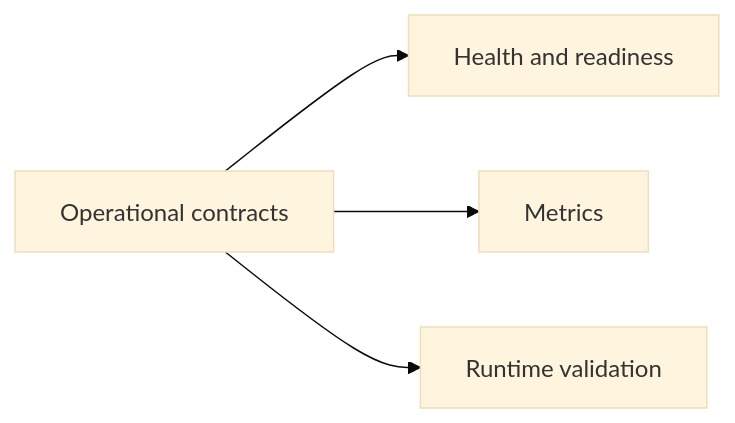
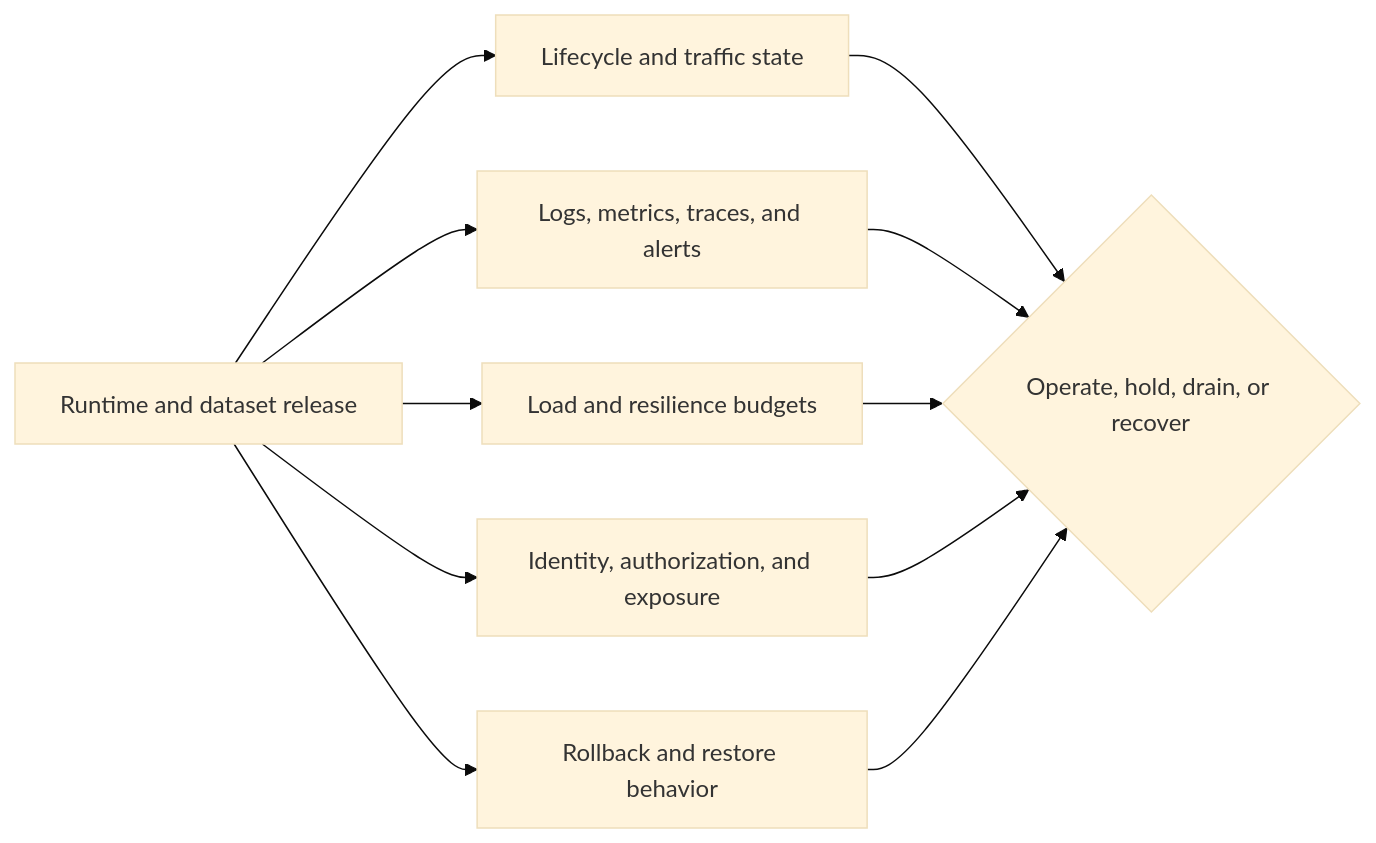
Before and after one commit to bijux/bijux-atlas: the first of 2 diagrams in docs/bijux-atlas/contracts/operational-contracts.md, drawn with Mermaid (base theme). The commit also changed other lines of this file and 2 other files, not shown here.

Commit message:
docs(contracts): define compatibility and validation strength

````diff
--- a/docs/bijux-atlas/contracts/operational-contracts.md
+++ b/docs/bijux-atlas/contracts/operational-contracts.md
@@ -17,6 +19,13 @@
 ```mermaid
 flowchart LR
-    Ops[Operational contracts] --> Health[Health and readiness]
-    Ops --> Metrics[Metrics]
-    Ops --> Runtime[Runtime validation]
+    Runtime[Runtime and dataset release] --> Health[Lifecycle and traffic state]
+    Runtime --> Signals[Logs, metrics, traces, and alerts]
+    Runtime --> Capacity[Load and resilience budgets]
+    Runtime --> Security[Identity, authorization, and exposure]
+    Runtime --> Recovery[Rollback and restore behavior]
+    Health --> Decision{Operate, hold, drain, or recover}
+    Signals --> Decision
+    Capacity --> Decision
+    Security --> Decision
+    Recovery --> Decision
 ```
````
